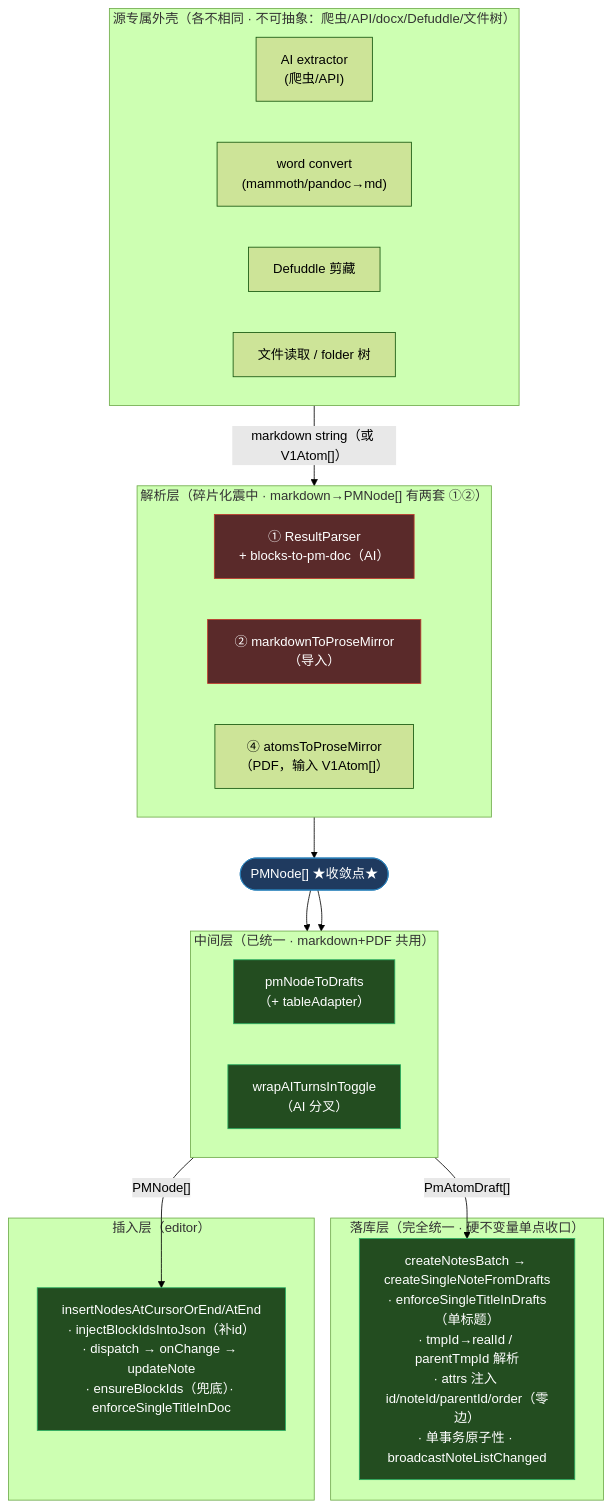
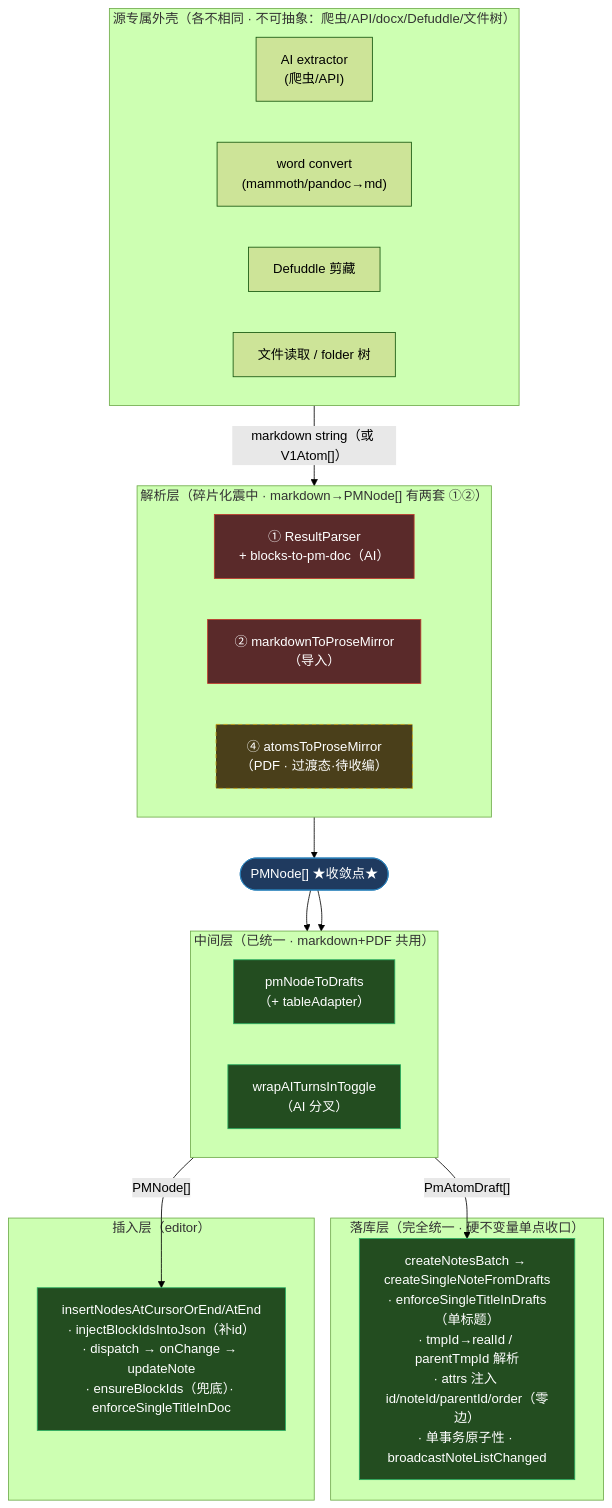
Before and after one commit to antsbtw/KRIG-Note-V2: the second of 3 diagrams in docs/00-architecture/import-to-note-convergence.md, drawn with Mermaid (forest theme). The commit also changed other lines of this file, not shown here.

First line of the commit message:
docs(architecture): 标注 PDF 支路为过渡态·待收编

````diff
--- a/docs/00-architecture/import-to-note-convergence.md
+++ b/docs/00-architecture/import-to-note-convergence.md
@@ -180,47 +180,49 @@
 ```mermaid
 flowchart TB
   subgraph shell["源专属外壳（各不相同 · 不可抽象：爬虫/API/docx/Defuddle/文件树）"]
     direction LR
     aiE["AI extractor<br/>(爬虫/API)"]
     wordE["word convert<br/>(mammoth/pandoc→md)"]
     defE["Defuddle 剪藏"]
     fileE["文件读取 / folder 树"]
   end
 
   subgraph parse["解析层（碎片化震中 · markdown→PMNode[] 有两套 ①②）"]
     direction LR
     p1["① ResultParser<br/>+ blocks-to-pm-doc（AI）"]
     p2["② markdownToProseMirror（导入）"]
-    p4["④ atomsToProseMirror<br/>（PDF，输入 V1Atom[]）"]
+    p4["④ atomsToProseMirror<br/>（PDF · 过渡态·待收编）"]
   end
 
   pmnodes(["PMNode[] ★收敛点★"])
 
   subgraph mid["中间层（已统一 · markdown+PDF 共用）"]
     direction LR
     p2d["pmNodeToDrafts<br/>（+ tableAdapter）"]
     wrap["wrapAITurnsInToggle<br/>（AI 分叉）"]
   end
 
   subgraph store["落库层（完全统一 · 硬不变量单点收口）"]
     batch["createNotesBatch → createSingleNoteFromDrafts<br/>· enforceSingleTitleInDrafts（单标题）<br/>· tmpId→realId / parentTmpId 解析<br/>· attrs 注入 id/noteId/parentId/order（零边）<br/>· 单事务原子性 · broadcastNoteListChanged"]
   end
 
   subgraph insert["插入层（editor）"]
     ins["insertNodesAtCursorOrEnd/AtEnd<br/>· injectBlockIdsIntoJson（补id）<br/>· dispatch → onChange → updateNote<br/>· ensureBlockIds（兜底）· enforceSingleTitleInDoc"]
   end
 
   shell -->|"markdown string（或 V1Atom[]）"| parse
   parse --> pmnodes
   pmnodes --> p2d
   pmnodes --> wrap
   p2d -->|"PmAtomDraft[]"| batch
   wrap -->|"PMNode[]"| ins
 
   classDef frag fill:#5a2a2a,stroke:#c0392b,color:#fff;
   classDef pivot fill:#1f3a5f,stroke:#2980b9,color:#fff;
   classDef ok fill:#234d20,stroke:#27ae60,color:#fff;
+  classDef transitional fill:#4a3f1a,stroke:#c8a415,color:#fff,stroke-dasharray:5 4;
   class p1,p2 frag;
   class pmnodes pivot;
   class p2d,wrap,batch,ins ok;
+  class p4 transitional;
 ```
````
